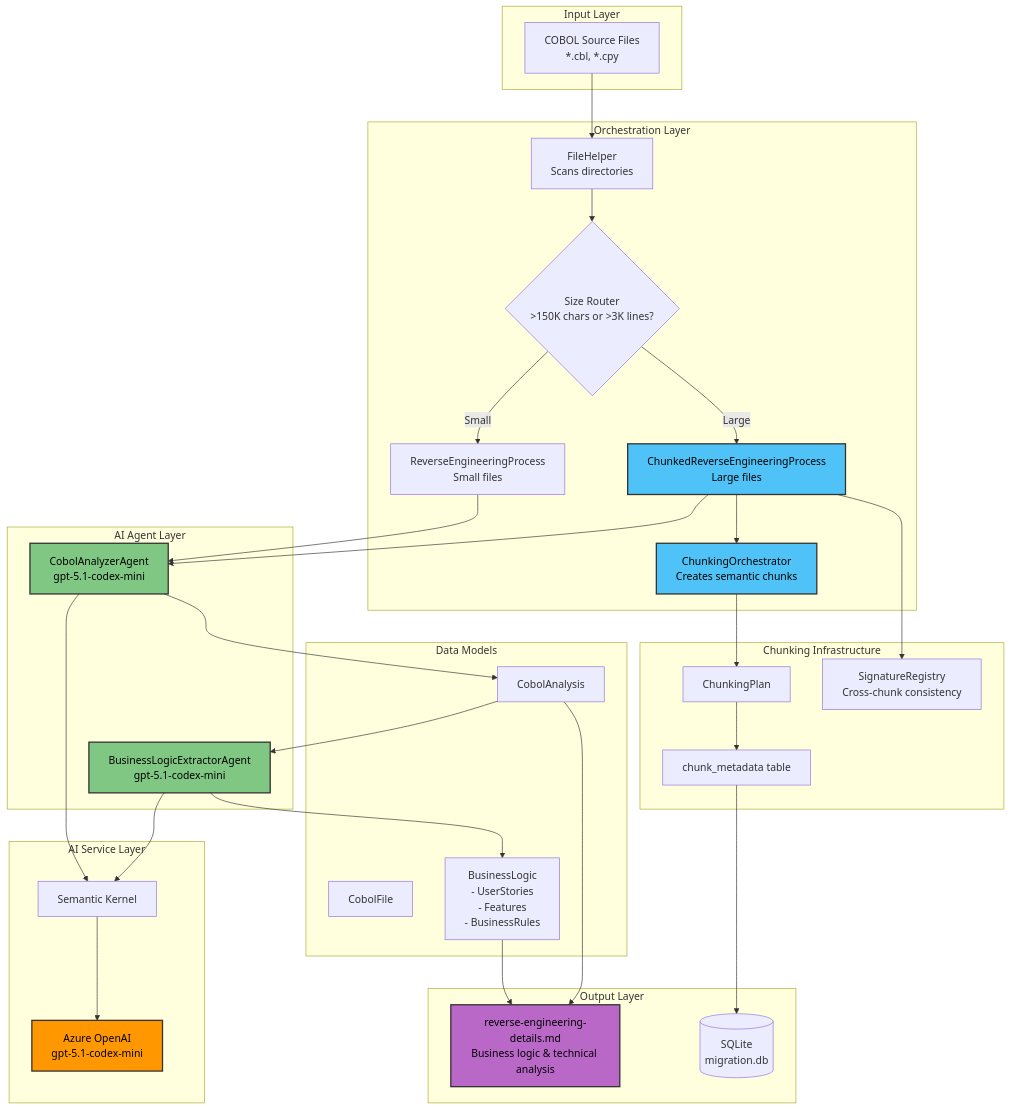
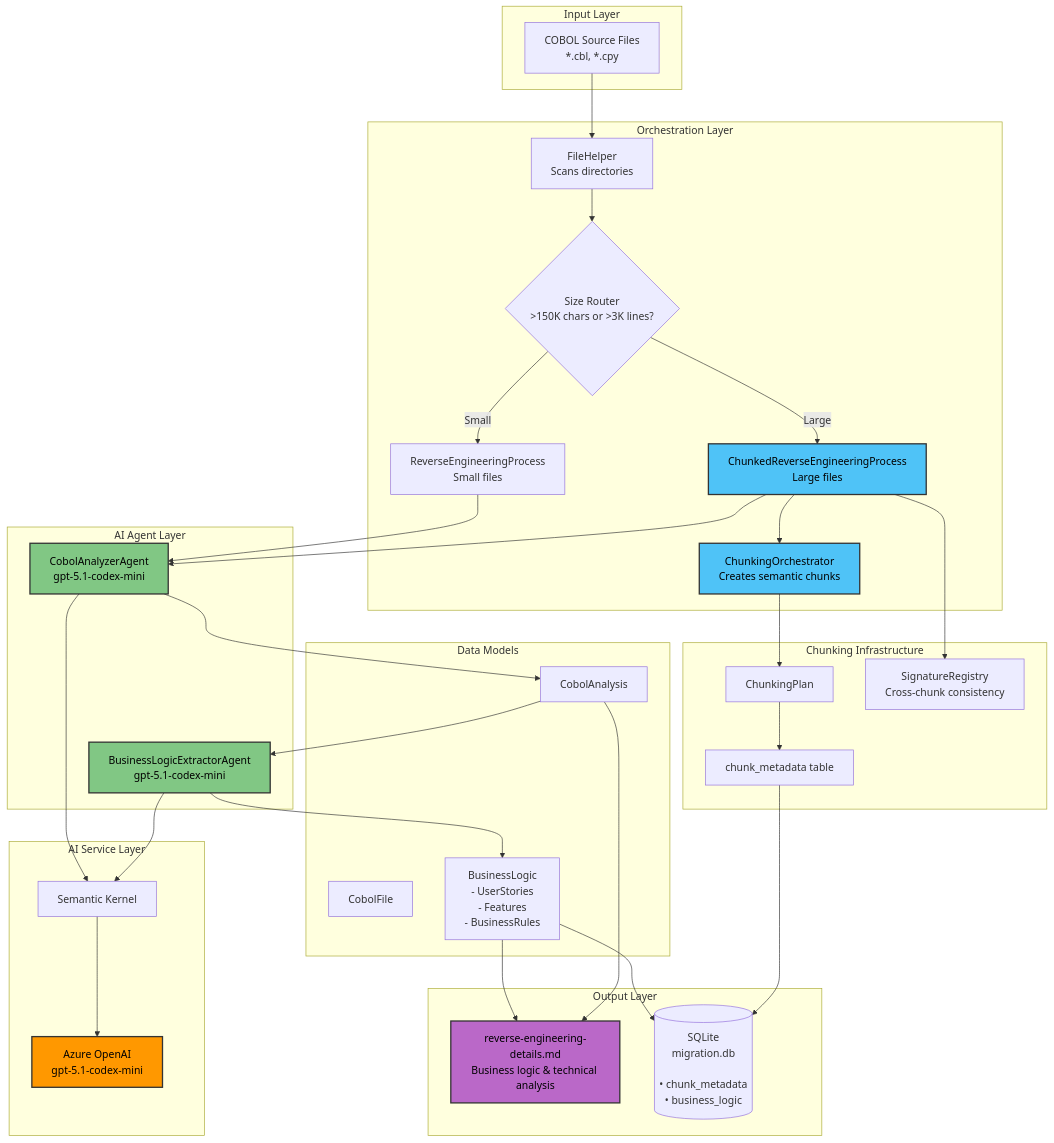
Before and after one commit to Azure-Samples/Legacy-Modernization-Agents: the second of 7 diagrams in docs/REVERSE_ENGINEERING_ARCHITECTURE.md, drawn with Mermaid. The commit also changed other lines of this file and 19 other files, not shown here.

First line of the commit message:
feat: Enhance reverse engineering process with dependency mapping and business logic persistence

````diff
--- a/docs/REVERSE_ENGINEERING_ARCHITECTURE.md
+++ b/docs/REVERSE_ENGINEERING_ARCHITECTURE.md
@@ -61,73 +63,74 @@
 ```mermaid
 graph TB
     subgraph "Input Layer"
         COBOL[COBOL Source Files<br/>*.cbl, *.cpy]
     end
     
     subgraph "Orchestration Layer"
         FileHelper[FileHelper<br/>Scans directories]
         SizeRouter{Size Router<br/>>150K chars or >3K lines?}
         REProcess[ReverseEngineeringProcess<br/>Small files]
         ChunkedRE[ChunkedReverseEngineeringProcess<br/>Large files]
         ChunkOrch[ChunkingOrchestrator<br/>Creates semantic chunks]
     end
     
     subgraph "AI Agent Layer"
         CobolAnalyzer[CobolAnalyzerAgent<br/>gpt-5.1-codex-mini]
         BusinessLogic[BusinessLogicExtractorAgent<br/>gpt-5.1-codex-mini]
     end
     
     subgraph "AI Service Layer"
         SK[Semantic Kernel]
         Azure[Azure OpenAI<br/>gpt-5.1-codex-mini]
     end
     
     subgraph "Data Models"
         CobolFile[CobolFile]
         CobolAnalysis[CobolAnalysis]
         BusinessLogicModel[BusinessLogic<br/>- UserStories<br/>- Features<br/>- BusinessRules]
     end
     
     subgraph "Chunking Infrastructure"
         ChunkPlan[ChunkingPlan]
         ChunkMeta[chunk_metadata table]
         SigRegistry[SignatureRegistry<br/>Cross-chunk consistency]
     end
     
     subgraph "Output Layer"
         DetailsMD[reverse-engineering-details.md<br/>Business logic & technical analysis]
-        DB[(SQLite<br/>migration.db)]
+        DB[(SQLite<br/>migration.db<br/><br/>• chunk_metadata<br/>• business_logic)]
     end
     
     COBOL --> FileHelper
     FileHelper --> SizeRouter
     SizeRouter -->|Small| REProcess
     SizeRouter -->|Large| ChunkedRE
     ChunkedRE --> ChunkOrch
     ChunkOrch --> ChunkPlan
     ChunkPlan --> ChunkMeta
     
     REProcess --> CobolAnalyzer
     ChunkedRE --> CobolAnalyzer
     ChunkedRE --> SigRegistry
     
     CobolAnalyzer --> SK
     BusinessLogic --> SK
     SK --> Azure
     
     CobolAnalyzer --> CobolAnalysis
     BusinessLogic --> BusinessLogicModel
     
     CobolAnalysis --> BusinessLogic
     
     BusinessLogicModel --> DetailsMD
+    BusinessLogicModel --> DB
     CobolAnalysis --> DetailsMD
     ChunkMeta --> DB
     
     style ChunkedRE fill:#4fc3f7,stroke:#333,stroke-width:2px,color:#000
     style ChunkOrch fill:#4fc3f7,stroke:#333,stroke-width:2px,color:#000
     style CobolAnalyzer fill:#81c784,stroke:#333,stroke-width:2px,color:#000
     style BusinessLogic fill:#81c784,stroke:#333,stroke-width:2px,color:#000
     style Azure fill:#ff9800,stroke:#333,stroke-width:2px,color:#000
     style DetailsMD fill:#ba68c8,stroke:#333,stroke-width:2px,color:#000
 ```
````
